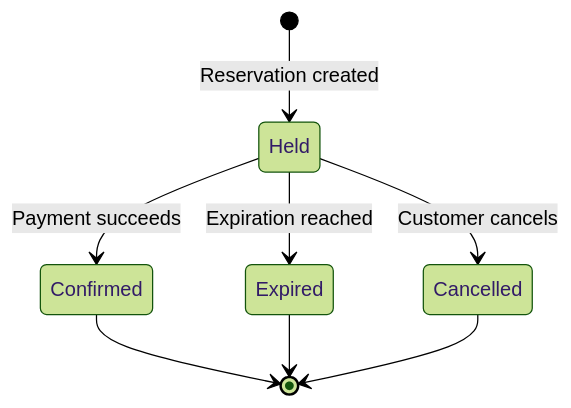
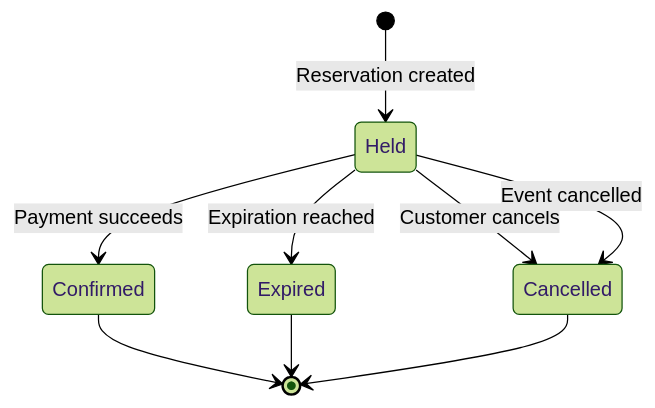
One commit to Punith1117/ticket-forge changed the fourth of 7 diagrams in docs/state-machines.md. Above: the diagram before and after it, drawn with Mermaid (forest theme). The commit also changed other lines of this file and 14 other files, not shown here.

````diff
--- a/docs/state-machines.md
+++ b/docs/state-machines.md
@@ -42,12 +113,13 @@
 ```mermaid
 stateDiagram-v2
     [*] --> Held: Reservation created
 
     Held --> Confirmed: Payment succeeds
     Held --> Expired: Expiration reached
     Held --> Cancelled: Customer cancels
+    Held --> Cancelled: Event cancelled
 
     Confirmed --> [*]
     Expired --> [*]
     Cancelled --> [*]
 ```
````
